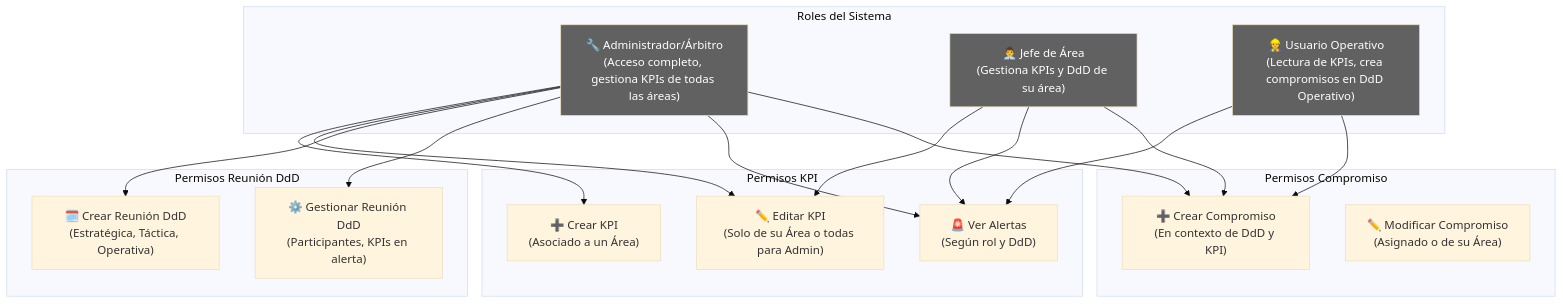
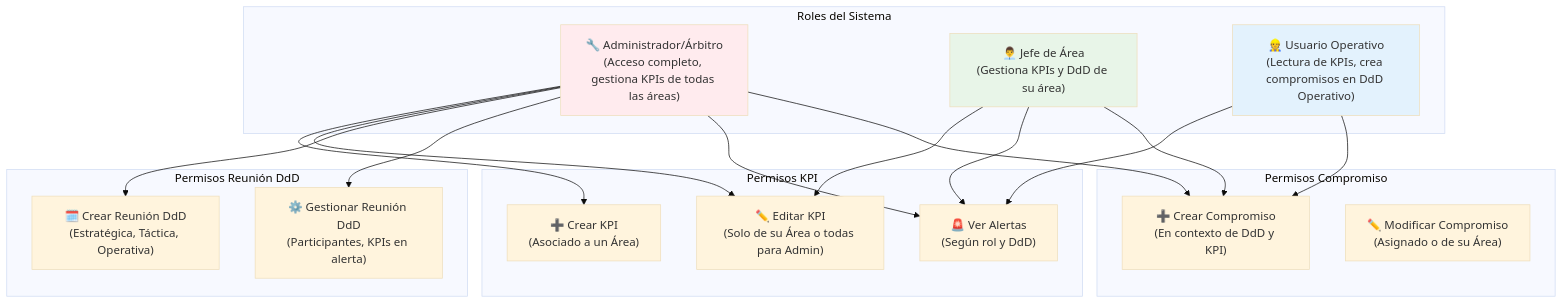
Before and after one commit to ColDev-Colivoro/Proyecto-Estandarizaci-n-normalizacion-Nutrisco: the fifth of 6 diagrams in readmeProductOwner.md, drawn with Mermaid (base theme). The commit also changed other lines of this file and 2 other files, not shown here.

````diff
--- a/readmeProductOwner.md
+++ b/readmeProductOwner.md
@@ -822,42 +822,42 @@
 ```mermaid
 graph TB
   subgraph "Roles del Sistema"
     ADMIN["🔧 Administrador/Árbitro<br/>(Acceso completo, gestiona KPIs de todas las áreas)"]
     JEFE["👨‍💼 Jefe de Área<br/>(Gestiona KPIs y DdD de su área)"]
     OPERATIVO["👷 Usuario Operativo<br/>(Lectura de KPIs, crea compromisos en DdD Operativo)"]
   end
   
   subgraph "Permisos KPI"
     CREAR_KPI["➕ Crear KPI<br/>(Asociado a un Área)"]
     EDITAR_KPI["✏️ Editar KPI<br/>(Solo de su Área o todas para Admin)"]
     VER_ALERTAS["🚨 Ver Alertas<br/>(Según rol y DdD)"]
   end
   
   subgraph "Permisos Reunión DdD"
     CREAR_REUNION["🗓️ Crear Reunión DdD<br/>(Estratégica, Táctica, Operativa)"]
     GESTIONAR_REUNION["⚙️ Gestionar Reunión DdD<br/>(Participantes, KPIs en alerta)"]
   end
   
   subgraph "Permisos Compromiso"
     CREAR_COMPROMISO["➕ Crear Compromiso<br/>(En contexto de DdD y KPI)"]
     MODIFICAR_COMPROMISO["✏️ Modificar Compromiso<br/>(Asignado o de su Área)"]
   end
   
   ADMIN --> CREAR_KPI
   ADMIN --> EDITAR_KPI
   JEFE --> EDITAR_KPI
   ADMIN --> CREAR_REUNION
   ADMIN --> GESTIONAR_REUNION
   
   ADMIN --> VER_ALERTAS
   JEFE --> VER_ALERTAS
   OPERATIVO --> VER_ALERTAS
   
   ADMIN --> CREAR_COMPROMISO
   JEFE --> CREAR_COMPROMISO
   OPERATIVO --> CREAR_COMPROMISO
   
-style ADMIN fill:#616161,color:#ffffff
-  style JEFE fill:#616161,color:#ffffff
-  style OPERATIVO fill:#616161,color:#ffffff
+style ADMIN fill:#ffebee
+  style JEFE fill:#e8f5e8
+  style OPERATIVO fill:#e3f2fd
 ```
````
